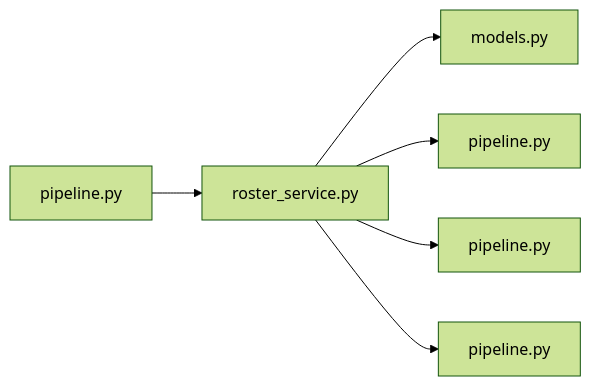
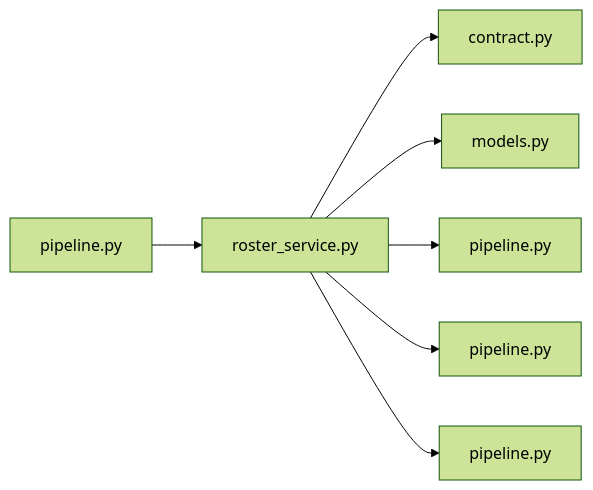
The diagram in .cluedoc/graph/backend/src/backend/services/roster/roster_service.md (minkong-dev/Banblit), drawn with Mermaid (forest theme) before and after one commit. The commit also changed other lines of this file and 48 other files, not shown here.

First line of the commit message:
backend: split file storage into its own module and keep shared literals in contract

````diff
--- a/.cluedoc/graph/backend/src/backend/services/roster/roster_service.md
+++ b/.cluedoc/graph/backend/src/backend/services/roster/roster_service.md
@@ -10,9 +10,10 @@
 ```mermaid
 flowchart LR
   backend_src_backend_services_roster_roster_service["roster_service.py"]
+  backend_src_backend_services_roster_roster_service --> backend_src_backend_contract["contract.py"]
   backend_src_backend_services_roster_roster_service --> backend_src_backend_db_models["models.py"]
   backend_src_backend_services_roster_roster_service --> backend_src_backend_db_pipeline["pipeline.py"]
   backend_src_backend_services_roster_roster_service --> backend_src_backend_services_permission_pipeline["pipeline.py"]
   backend_src_backend_services_roster_roster_service --> backend_src_backend_services_validation_pipeline["pipeline.py"]
   backend_src_backend_services_roster_pipeline["pipeline.py"] --> backend_src_backend_services_roster_roster_service
 ```
````
